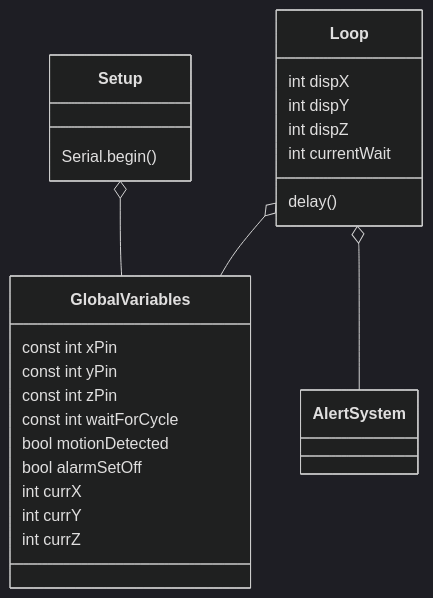
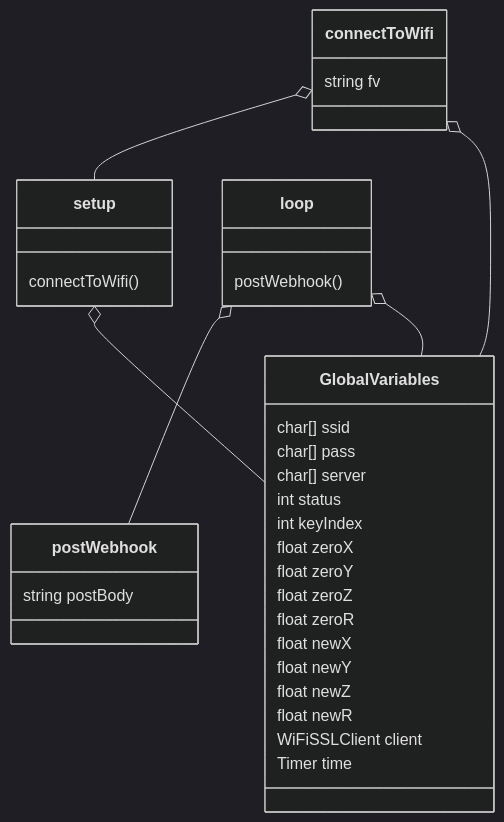
One commit to bczuniga/CS530-Laundry-Timer changed the first of 2 diagrams in UML Diagram.md. Above: the diagram before and after it, drawn with Mermaid (dark theme). The commit also changed 4 other files, not shown here.

First line of the commit message:
UML Diragram Update + Misc

````diff
--- a/UML Diagram.md
+++ b/UML Diagram.md
@@ -3,36 +3,44 @@
 ```mermaid
 classDiagram
 
-    class Setup {
-        Serial.begin()
+    class setup {
+        connectToWifi()
 }
 
-    class Loop {
-        int dispX
-        int dispY
-        int dispZ
-        int currentWait
-        delay()
+    class loop {
+        postWebhook()
+}
+
+    class GlobalVariables {
+        char[] ssid
+        char[] pass
+        char[] server
+        int status
+        int keyIndex
+        float zeroX
+        float zeroY
+        float zeroZ
+        float zeroR
+        float newX
+        float newY
+        float newZ
+        float newR
+        WiFiSSLClient client
+        Timer time
+}
+
+    class postWebhook {
+        string postBody
+}
+
+    class connectToWifi {
+        string fv
 
 }
 
-    class GlobalVariables {
-        const int xPin
-        const int yPin
-        const int zPin
-        const int waitForCycle
-        bool motionDetected
-        bool alarmSetOff
-        int currX
-        int currY
-        int currZ
-}
-
-    class AlertSystem {
-        
-}
-
-    Loop o-- AlertSystem
-    Loop o-- GlobalVariables
-    Setup o-- GlobalVariables
+    loop o-- postWebhook
+    connectToWifi o-- setup
+    loop o-- GlobalVariables
+    setup o-- GlobalVariables
+    connectToWifi o-- GlobalVariables
 ```
````
